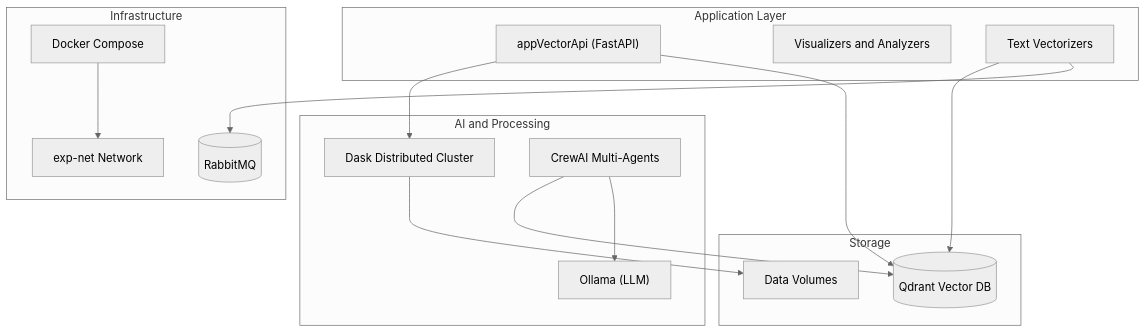
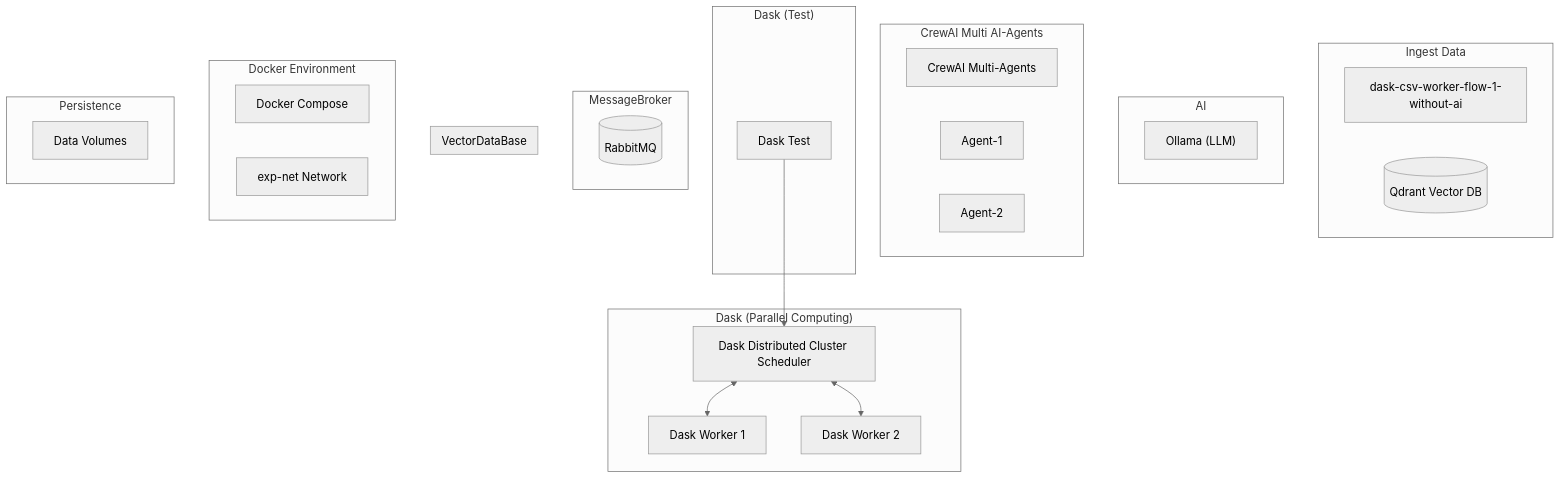
One commit to Daniel-Lim-Apo/dissertation-experiment-01 changed the diagram in README.md. Above: the diagram before and after it, drawn with Mermaid (neutral theme).

Commit message:
Organizes mermaid graph

````diff
--- a/README.md
+++ b/README.md
@@ -58,34 +58,52 @@
 ```mermaid
 graph TD
-    subgraph Infrastructure
-        Docker["Docker Compose"]
-        Net["exp-net Network"]
-        R[("RabbitMQ")]
+
+    subgraph Ingest Data
+        dask-csv-worker-flow-1-without-ai
+        Qdrant[("Qdrant Vector DB")]
     end
 
-    subgraph Storage
-        Qdrant[("Qdrant Vector DB")]
-        Vol["Data Volumes"]
+    subgraph "AI"
+        Ollama["Ollama (LLM)"]
     end
 
-    subgraph "AI and Processing"
-        Ollama["Ollama (LLM)"]
-        Dask["Dask Distributed Cluster"]
+    subgraph "CrewAI Multi AI-Agents"
+        CrewAI["CrewAI Multi-Agents"]
+        CrewAIAgent1["Agent-1"]
+        CrewAIAgent2["Agent-2"]
+    end
+
+    subgraph "Dask (Parallel Computing)"
+        DaskScheduler["Dask Distributed Cluster Scheduler"]
+        DaskWorker1["Dask Worker 1"]
+        DaskWorker2["Dask Worker 2"]
         CrewAI["CrewAI Multi-Agents"]
     end
 
-    subgraph "Application Layer"
-        API["appVectorApi (FastAPI)"]
-        Web["Visualizers and Analyzers"]
-        Ingest["Text Vectorizers"]
+    subgraph "Dask (Test)"
+        DaskTest["Dask Test"]
+    end
+    
+    subgraph MessageBroker
+        R[("RabbitMQ")]
+    end
+    
+
+    subgraph VectorDataBase
+        Qdrant[("Qdrant Vector DB")]
     end
 
-    Docker --> Net
-    API --> Qdrant
-    API --> Dask
-    Ingest --> R
-    Ingest --> Qdrant
-    CrewAI --> Ollama
-    CrewAI --> Qdrant
-    Dask --> Vol
+    subgraph "Docker Environment"
+        Docker["Docker Compose"]
+        Net["exp-net Network"]
+    end
+
+    subgraph Persistence
+        Vol["Data Volumes"]
+    end
+   
+
+    DaskTest --> DaskScheduler
+    DaskScheduler <--> DaskWorker1
+    DaskScheduler <--> DaskWorker2
 ```
````
